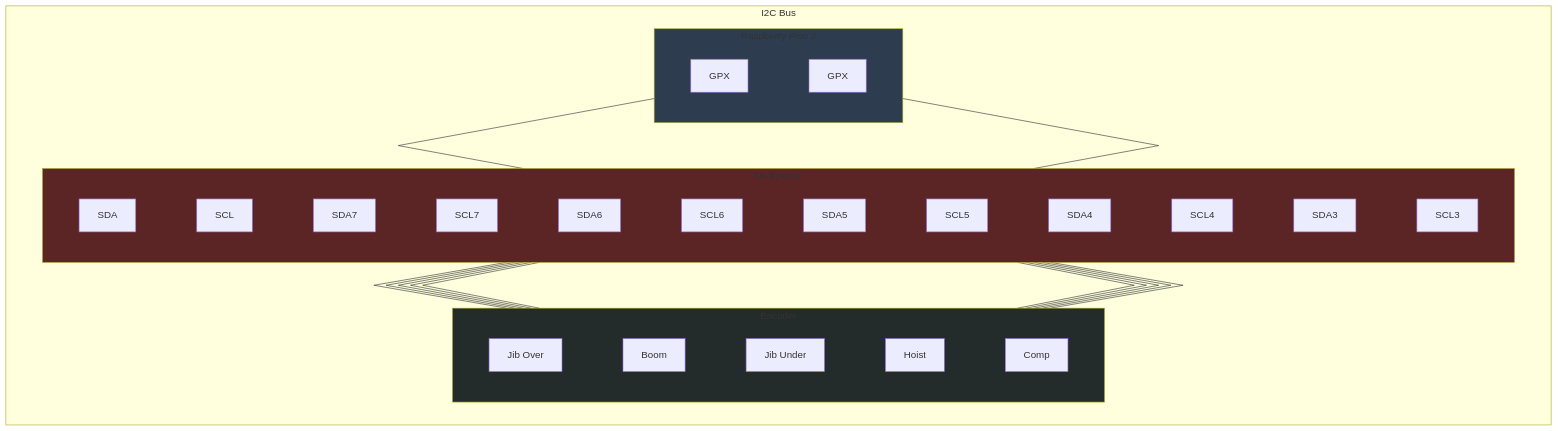
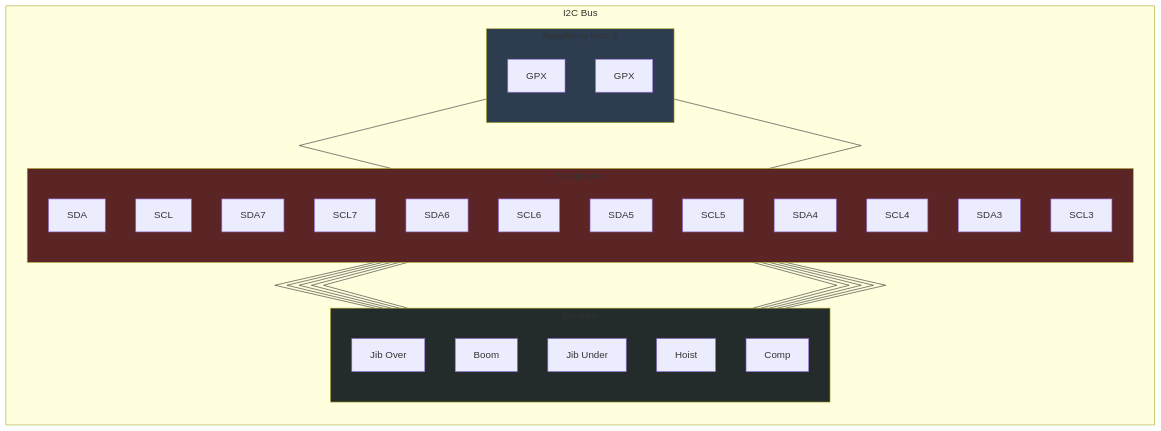
One commit to lyngstad-armin/scale-crane-electric-wire-luffing changed the second of 5 diagrams in README_typhora.md. Above: the diagram before and after it, drawn with Mermaid. The commit also changed other lines of this file, not shown here.

Commit message:
Again, changes to formatting

````diff
--- a/README_typhora.md
+++ b/README_typhora.md
@@ -119,5 +119,5 @@
 ```mermaid
-%%{init: {'flowchart': {'curve': 'linear', 'nodeSpacing': 100, 'rankSpacing': 50}}}%%
+%%{init: {'flowchart': {'curve': 'linear'}}}%%
 
 flowchart TB
 
````
